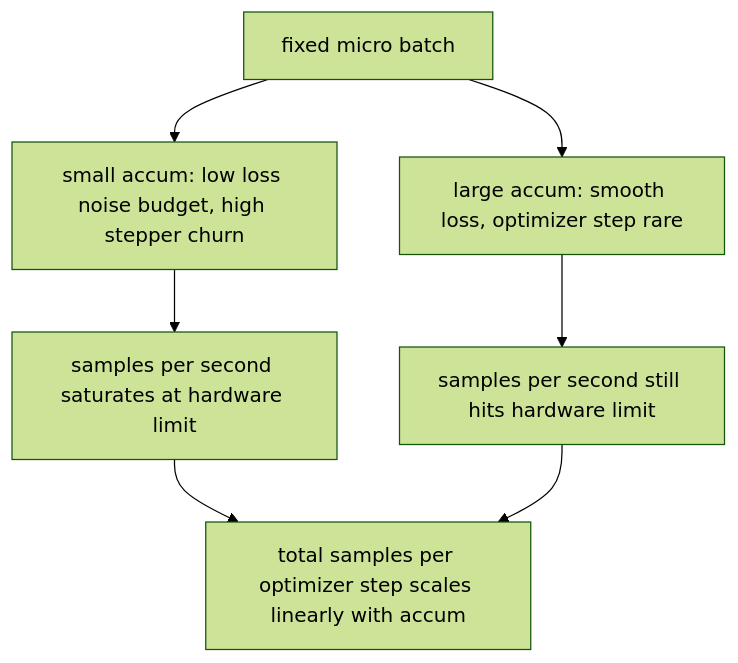
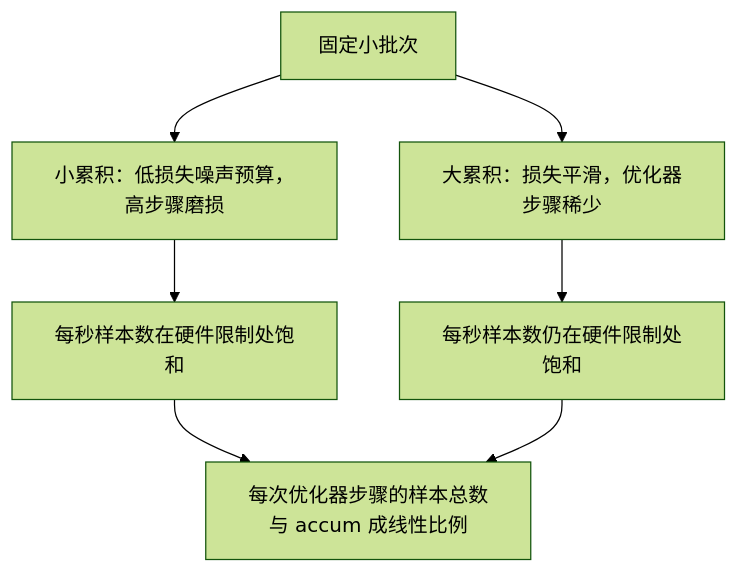
The second of 2 diagrams in lessons/19-capstone-projects/46-gradient-accumulation/docs/zh.md (guangningsun/ailearning), drawn with Mermaid (forest theme) before and after one commit. The commit also changed other lines of this file and 85 other files, not shown here.

````diff
--- a/lessons/19-capstone-projects/46-gradient-accumulation/docs/zh.md
+++ b/lessons/19-capstone-projects/46-gradient-accumulation/docs/zh.md
@@ -66,9 +66,9 @@
 ```mermaid
 flowchart TD
-  micro[fixed micro batch] --> small[small accum: low loss noise budget, high stepper churn]
-  micro --> large[large accum: smooth loss, optimizer step rare]
-  small --> sps1[samples per second saturates at hardware limit]
-  large --> sps2[samples per second still hits hardware limit]
-  sps1 --> note[total samples per optimizer step scales linearly with accum]
+  micro["固定小批次"] --> small["小累积：低损失噪声预算，高步骤磨损"]
+  micro --> large["大累积：损失平滑，优化器步骤稀少"]
+  small --> sps1["每秒样本数在硬件限制处饱和"]
+  large --> sps2["每秒样本数仍在硬件限制处饱和"]
+  sps1 --> note["每次优化器步骤的样本总数与 accum 成线性比例"]
   sps2 --> note
 ```
````
